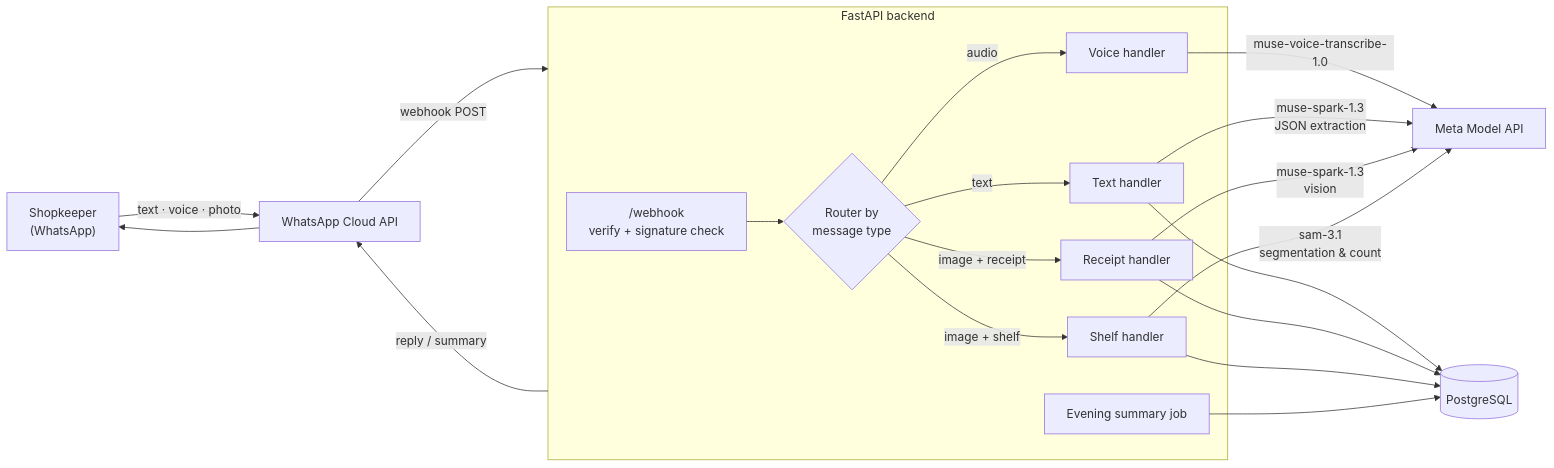
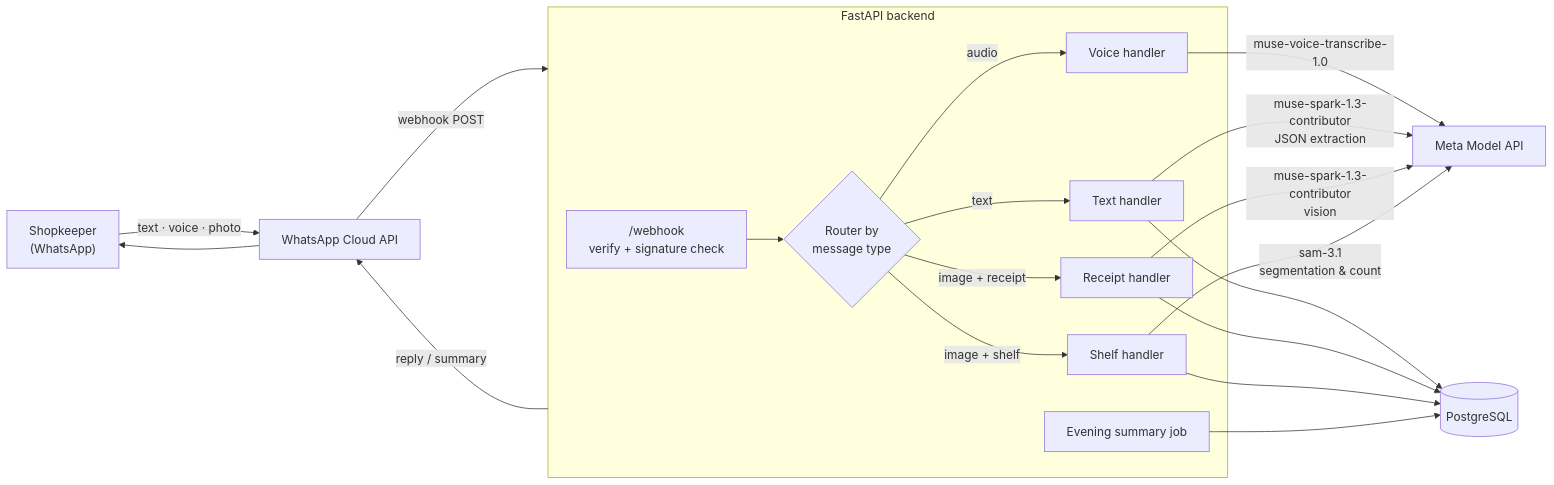
The first of 3 diagrams in README.md (celestedev445-hub/boutiko), drawn with Mermaid before and after one commit. The commit also changed other lines of this file and 24 other files, not shown here.

````diff
--- a/README.md
+++ b/README.md
@@ -34,23 +34,23 @@
 ```mermaid
 flowchart LR
     U["Shopkeeper<br/>(WhatsApp)"] -->|text · voice · photo| WA[WhatsApp Cloud API]
     WA -->|webhook POST| API
 
     subgraph API[FastAPI backend]
         W["/webhook<br/>verify + signature check"] --> R{Router by<br/>message type}
         R -->|text| T[Text handler]
         R -->|audio| A[Voice handler]
         R -->|image + receipt| RC[Receipt handler]
         R -->|image + shelf| SH[Shelf handler]
         J[Evening summary job]
     end
 
     A -->|muse-voice-transcribe-1.0| M[Meta Model API]
-    T -->|muse-spark-1.3<br/>JSON extraction| M
-    RC -->|muse-spark-1.3<br/>vision| M
+    T -->|muse-spark-1.3-contributor<br/>JSON extraction| M
+    RC -->|muse-spark-1.3-contributor<br/>vision| M
     SH -->|sam-3.1<br/>segmentation & count| M
 
     T & RC & SH --> DB[(PostgreSQL)]
     J --> DB
     API -->|reply / summary| WA --> U
 ```
````
